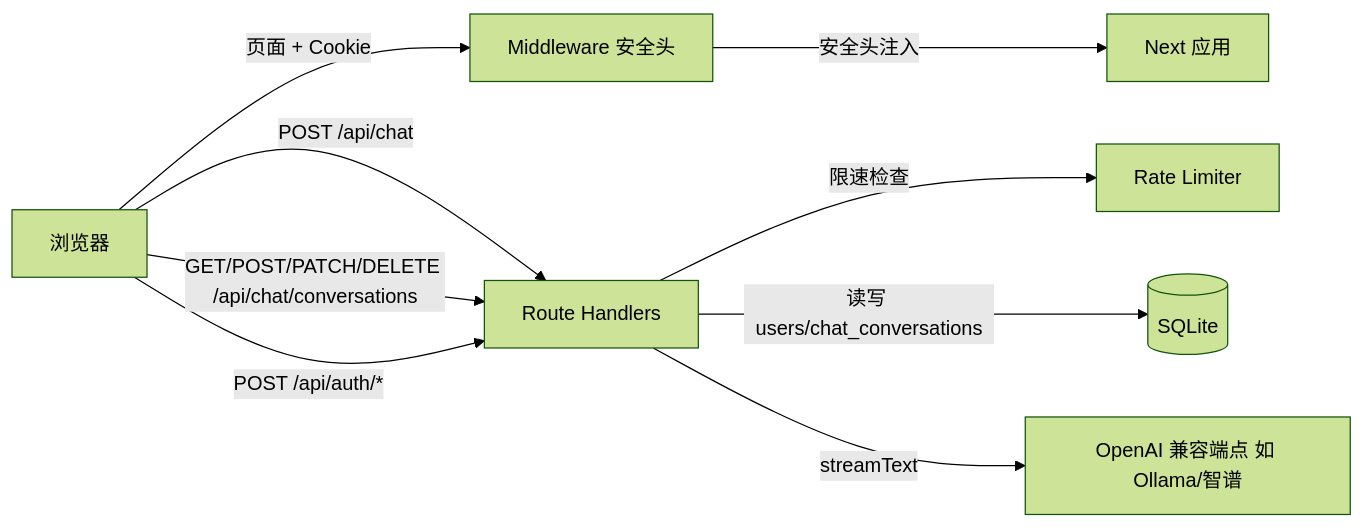
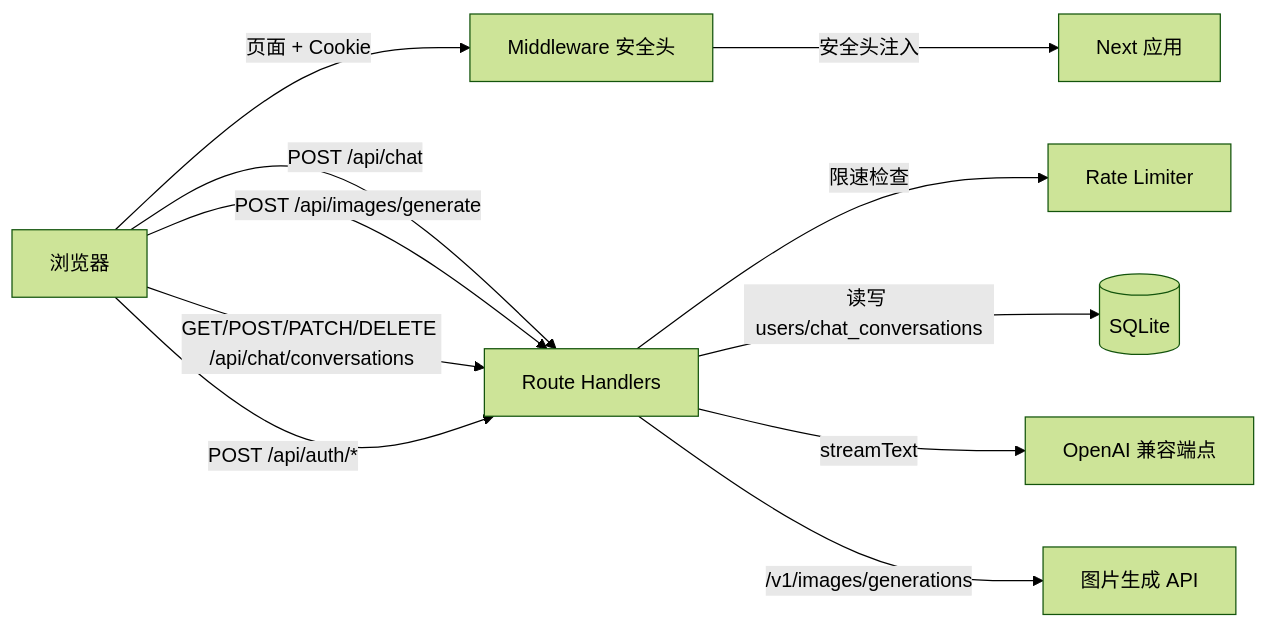
One commit to ycvenopyer/iTip changed the diagram in docs/ARCHITECTURE.md. Above: the diagram before and after it, drawn with Mermaid (forest theme). The commit also changed other lines of this file and 6 other files, not shown here.

First line of the commit message:
feat: 新增图片生成功能 (cogview-3-flash)

````diff
--- a/docs/ARCHITECTURE.md
+++ b/docs/ARCHITECTURE.md
@@ -12,19 +12,22 @@
 ```mermaid
 flowchart LR
   Browser[浏览器]
   MW[Middleware 安全头]
   Next[Next 应用]
   API[Route Handlers]
   RL[Rate Limiter]
   DB[(SQLite)]
-  LLM[OpenAI 兼容端点 如 Ollama/智谱]
+  LLM[OpenAI 兼容端点]
+  IMG[图片生成 API]
 
   Browser -->|页面 + Cookie| MW
   MW -->|安全头注入| Next
   Browser -->|POST /api/chat| API
+  Browser -->|POST /api/images/generate| API
   Browser -->|GET/POST/PATCH/DELETE /api/chat/conversations| API
   Browser -->|POST /api/auth/*| API
   API -->|限速检查| RL
   API -->|读写 users/chat_conversations| DB
   API -->|streamText| LLM
+  API -->|/v1/images/generations| IMG
 ```
````
